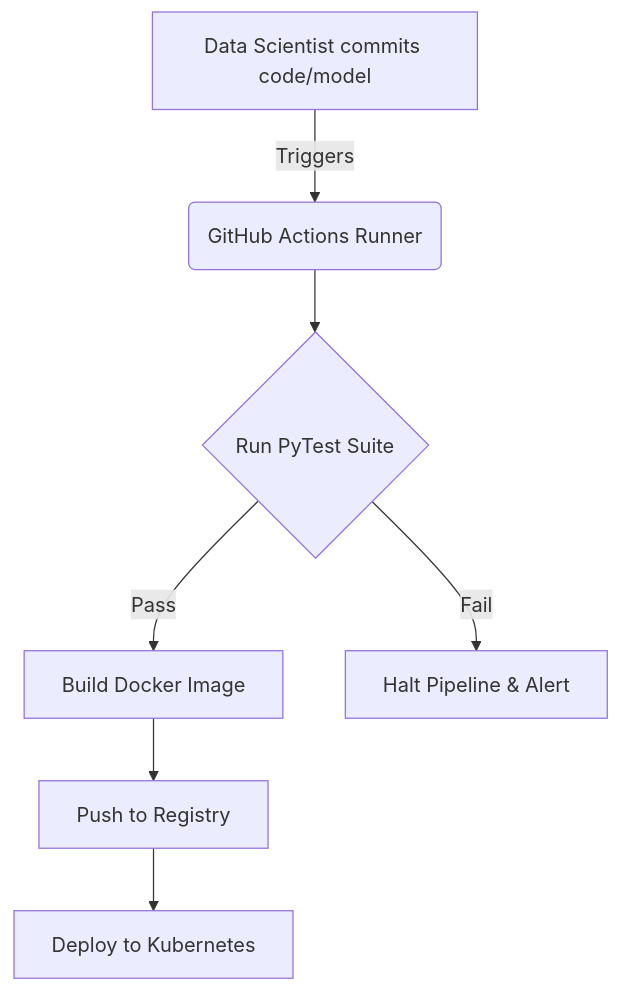
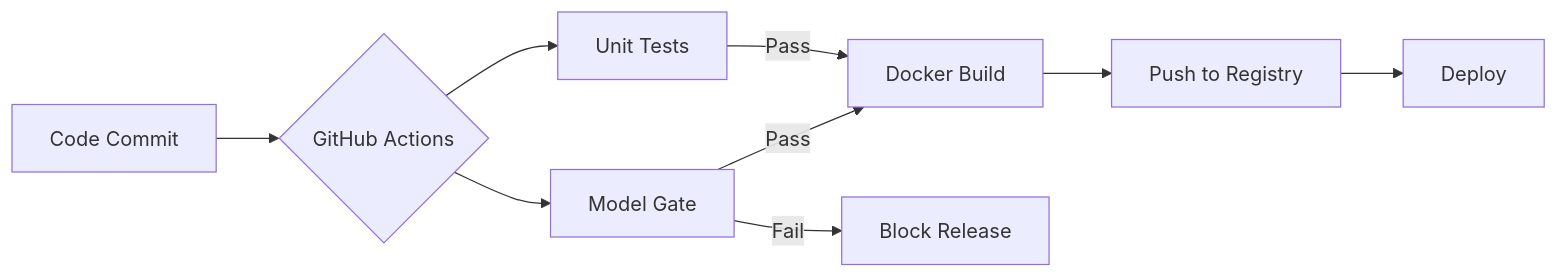
Before and after one commit to ga-curriculum/continuous-integration-pipelines: the diagram in instructor-guide.md, drawn with Mermaid. The commit also changed other lines of this file and 1 other file, not shown here.

````diff
--- a/instructor-guide.md
+++ b/instructor-guide.md
@@ -33,10 +34,11 @@
 ```mermaid
-graph TD
-    A[Data Scientist commits code/model] -->|Triggers| B(GitHub Actions Runner);
-    B --> C{Run PyTest Suite};
-    C -->|Pass| D[Build Docker Image];
-    C -->|Fail| E[Halt Pipeline & Alert];
-    D --> F[Push to Registry];
-    F --> G[Deploy to Kubernetes];
+graph LR
+    A[Code Commit] --> B{GitHub Actions};
+    B --> C[Unit Tests];
+    B --> D[Model Gate];
+    C & D -->|Pass| E[Docker Build];
+    E --> F[Push to Registry];
+    F --> G[Deploy];
+    D -->|Fail| H[Block Release];
 
 ```
````
